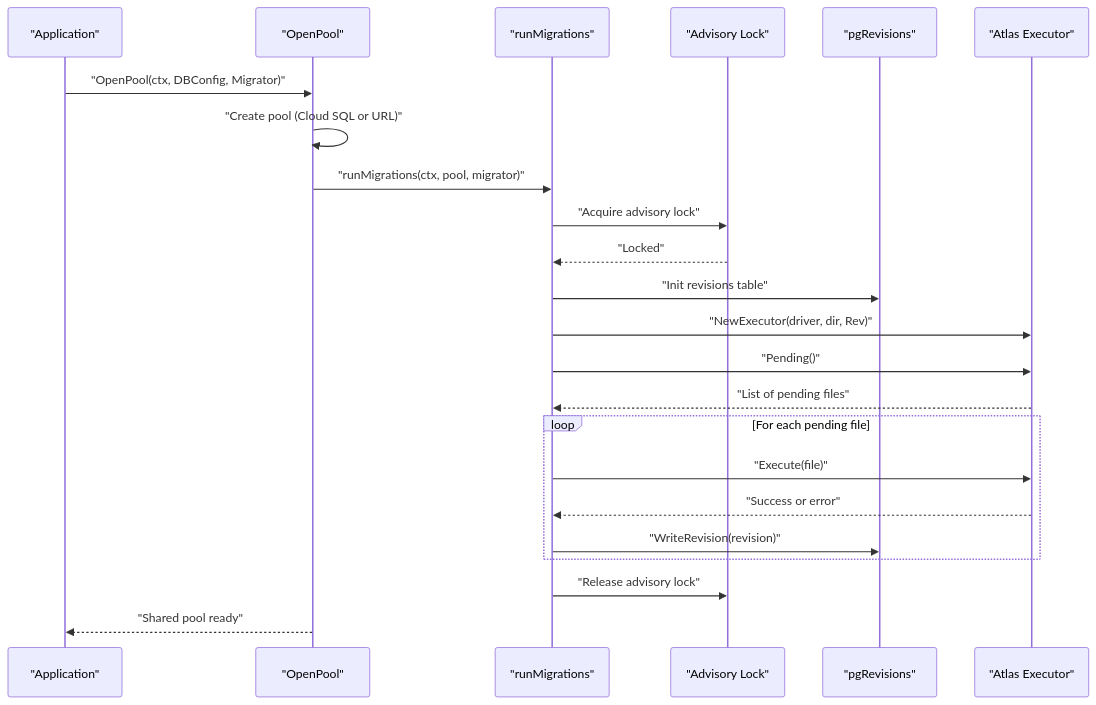
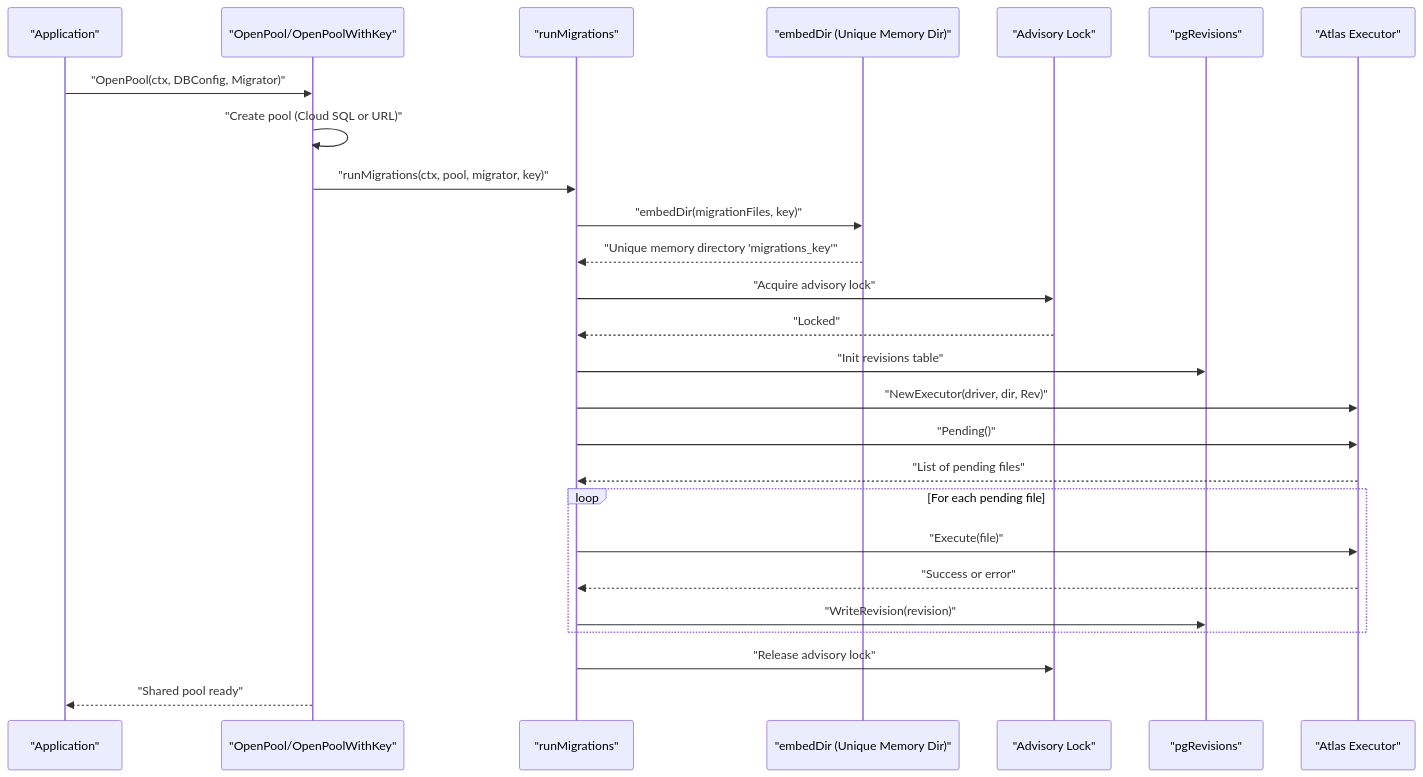
Before and after one commit to visdomtech/orcacommon: the second of 8 diagrams in .qoder/repowiki/en/content/PostgreSQL Utilities Module/Migration Management.md, drawn with Mermaid. The commit also changed other lines of this file and 3 other files, not shown here.

````diff
--- a/.qoder/repowiki/en/content/PostgreSQL Utilities Module/Migration Management.md
+++ b/.qoder/repowiki/en/content/PostgreSQL Utilities Module/Migration Management.md
@@ -83,25 +92,28 @@
 ```mermaid
 sequenceDiagram
 participant App as "Application"
-participant Pool as "OpenPool"
+participant Pool as "OpenPool/OpenPoolWithKey"
 participant Migr as "runMigrations"
+participant MemDir as "embedDir (Unique Memory Dir)"
 participant Lock as "Advisory Lock"
 participant Rev as "pgRevisions"
 participant Atlas as "Atlas Executor"
 App->>Pool : "OpenPool(ctx, DBConfig, Migrator)"
 Pool->>Pool : "Create pool (Cloud SQL or URL)"
-Pool->>Migr : "runMigrations(ctx, pool, migrator)"
+Pool->>Migr : "runMigrations(ctx, pool, migrator, key)"
+Migr->>MemDir : "embedDir(migrationFiles, key)"
+MemDir-->>Migr : "Unique memory directory 'migrations_key'"
 Migr->>Lock : "Acquire advisory lock"
 Lock-->>Migr : "Locked"
 Migr->>Rev : "Init revisions table"
 Migr->>Atlas : "NewExecutor(driver, dir, Rev)"
 Migr->>Atlas : "Pending()"
 Atlas-->>Migr : "List of pending files"
 loop For each pending file
 Migr->>Atlas : "Execute(file)"
 Atlas-->>Migr : "Success or error"
 Migr->>Rev : "WriteRevision(revision)"
 end
 Migr->>Lock : "Release advisory lock"
 Pool-->>App : "Shared pool ready"
 ```
````
